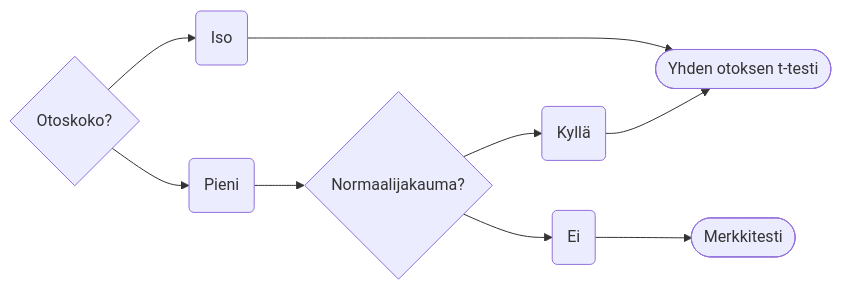
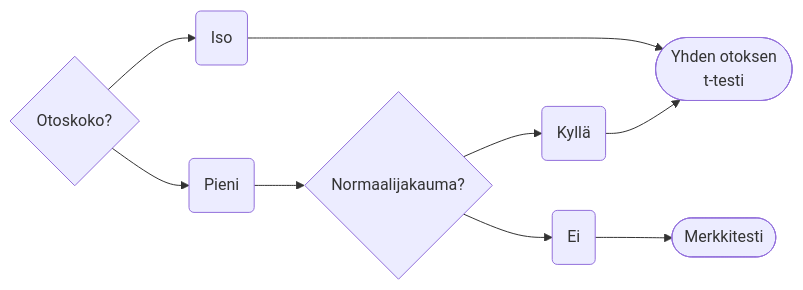
The first of 3 diagrams in ttesti.qmd (osaal/KVANT-23-PEO), drawn with Mermaid before and after one commit. The commit also changed other lines of this file and 63 other files, not shown here.

````diff
--- a/ttesti.qmd
+++ b/ttesti.qmd
@@ -107,14 +107,15 @@
 ```{mermaid}
 %%| label: fig-t-yhden-kulkukaavio
 %%| fig-cap: Yhden otoksen testin valitseminen
 flowchart LR
   A{Otoskoko?} --> B
   A --> C
   B(Pieni) --> D
-  C(Iso) ----> 1([Yhden otoksen t-testi])
+  C(Iso) ----> 1(["Yhden otoksen
+  t-testi"])
   D{Normaalijakauma?} --> E
   D --> F
   E(Kyllä) --> 1
   F(Ei) --> 2([Merkkitesti])
 
 ```
````
